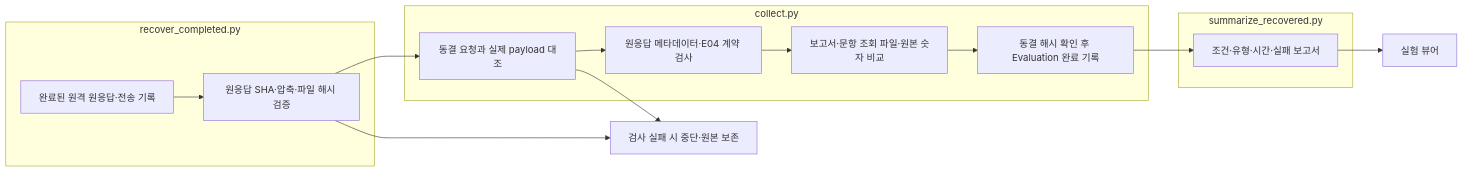
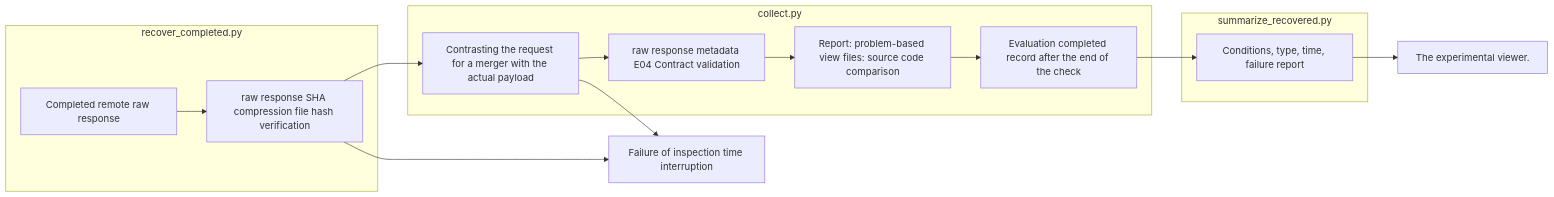
The first of 2 diagrams in src/finarch/experiments/templates/a100-source-readme.md (pnu-clink/finject), drawn with Mermaid before and after one commit. The commit also changed other lines of this file and 644 other files, not shown here.

````diff
--- a/src/finarch/experiments/templates/a100-source-readme.md
+++ b/src/finarch/experiments/templates/a100-source-readme.md
@@ -43,17 +43,17 @@
 ```mermaid
 flowchart LR
  subgraph recover[recover_completed.py]
-  R[완료된 원격 원응답·전송 기록] --> H[원응답 SHA·압축·파일 해시 검증]
+  R[Completed remote raw response] --> H[raw response SHA compression file hash verification]
  end
  subgraph collect[collect.py]
-  H --> P[동결 요청과 실제 payload 대조] --> V[원응답 메타데이터·E04 계약 검사]
-  V --> E[보고서·문항 조회 파일·원본 숫자 비교]
-  E --> C[동결 해시 확인 후 Evaluation 완료 기록]
+  H --> P[Contrasting the request for a merger with the actual payload] --> V[raw response metadata E04 Contract validation]
+  V --> E[Report: problem-based view files: source code comparison]
+  E --> C[Evaluation completed record after the end of the check]
  end
  subgraph summarize[summarize_recovered.py]
-  C --> O[조건·유형·시간·실패 보고서]
+  C --> O[Conditions, type, time, failure report]
  end
- O --> W[실험 뷰어]
- H --> F[검사 실패 시 중단·원본 보존]
+ O --> W[The experimental viewer.]
+ H --> F[Failure of inspection time interruption]
  P --> F
 ```
````
